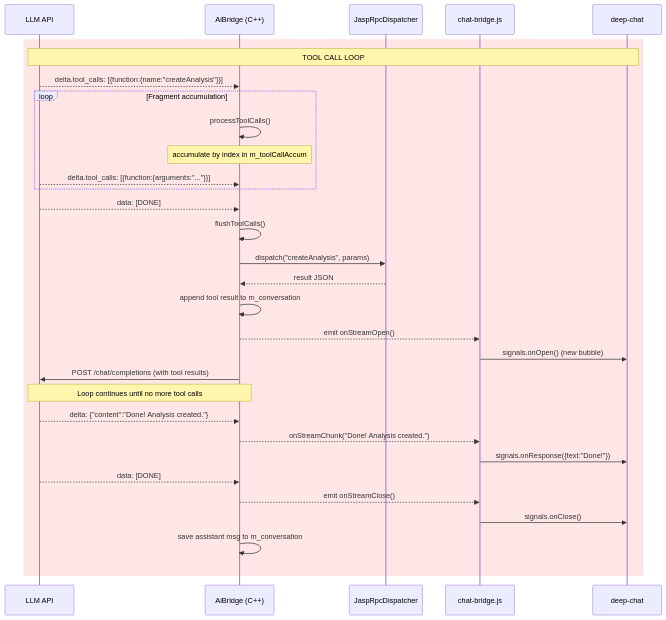
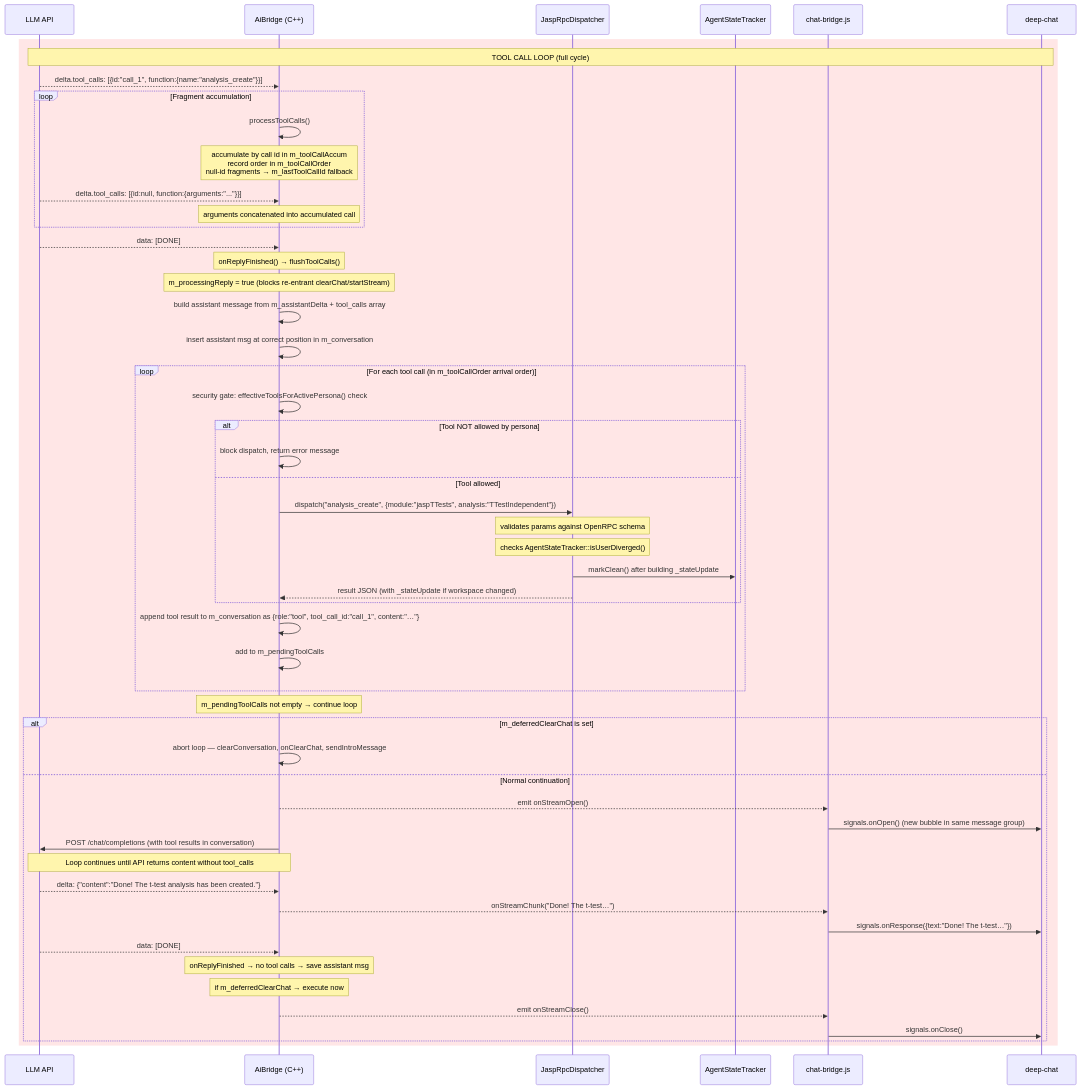
One commit to jasp-stats/jasp-desktop changed the diagram in Docs/development/aiBridge/03_tool_call_loop.mmd. Above: the diagram before and after it, drawn with Mermaid. The commit also changed 14 other files, not shown here.

```diff
--- a/Docs/development/aiBridge/03_tool_call_loop.mmd
+++ b/Docs/development/aiBridge/03_tool_call_loop.mmd
@@ -1,32 +1,54 @@
 sequenceDiagram
     participant API as LLM API
     participant CPP as AiBridge (C++)
     participant RPC as JaspRpcDispatcher
+    participant AST as AgentStateTracker
     participant JS as chat-bridge.js
     participant DC as deep-chat
 
     rect rgb(255, 230, 230)
-        Note over API,DC: TOOL CALL LOOP
-        API-->>CPP: delta.tool_calls: [{function:{name:"createAnalysis"}}]
+        Note over API,DC: TOOL CALL LOOP (full cycle)
+        API-->>CPP: delta.tool_calls: [{id:"call_1", function:{name:"analysis_create"}}]
         loop Fragment accumulation
             CPP->>CPP: processToolCalls()
-            Note over CPP: accumulate by index in m_toolCallAccum
-            API-->>CPP: delta.tool_calls: [{function:{arguments:"..."}}]
+            Note over CPP: accumulate by call id in m_toolCallAccum<br/>record order in m_toolCallOrder<br/>null-id fragments → m_lastToolCallId fallback
+            API-->>CPP: delta.tool_calls: [{id:null, function:{arguments:"..."}}]
+            Note over CPP: arguments concatenated into accumulated call
         end
         API-->>CPP: data: [DONE]
-        CPP->>CPP: flushToolCalls()
-        CPP->>RPC: dispatch("createAnalysis", params)
-        RPC-->>CPP: result JSON
-        CPP->>CPP: append tool result to m_conversation
-        CPP-->>JS: emit onStreamOpen()
-        JS->>DC: signals.onOpen() (new bubble)
-        CPP->>API: POST /chat/completions (with tool results)
-        Note over API,CPP: Loop continues until no more tool calls
-        API-->>CPP: delta: {"content":"Done! Analysis created."}
-        CPP-->>JS: onStreamChunk("Done! Analysis created.")
-        JS->>DC: signals.onResponse({text:"Done!"})
-        API-->>CPP: data: [DONE]
-        CPP-->>JS: emit onStreamClose()
-        JS->>DC: signals.onClose()
-        CPP->>CPP: save assistant msg to m_conversation
+        Note over CPP: onReplyFinished() → flushToolCalls()
+        Note over CPP: m_processingReply = true (blocks re-entrant clearChat/startStream)
+        CPP->>CPP: build assistant message from m_assistantDelta + tool_calls array
+        CPP->>CPP: insert assistant msg at correct position in m_conversation
+        loop For each tool call (in m_toolCallOrder arrival order)
+            CPP->>CPP: security gate: effectiveToolsForActivePersona() check
+            alt Tool NOT allowed by persona
+                CPP->>CPP: block dispatch, return error message
+            else Tool allowed
+                CPP->>RPC: dispatch("analysis_create", {module:"jaspTTests", analysis:"TTestIndependent"})
+                Note over RPC: validates params against OpenRPC schema
+                Note over RPC: checks AgentStateTracker::isUserDiverged()
+                RPC->>AST: markClean() after building _stateUpdate
+                RPC-->>CPP: result JSON (with _stateUpdate if workspace changed)
+            end
+            CPP->>CPP: append tool result to m_conversation as {role:"tool", tool_call_id:"call_1", content:"…"}
+            CPP->>CPP: add to m_pendingToolCalls
+        end
+        Note over CPP: m_pendingToolCalls not empty → continue loop
+        alt m_deferredClearChat is set
+            CPP->>CPP: abort loop — clearConversation, onClearChat, sendIntroMessage
+        else Normal continuation
+            CPP-->>JS: emit onStreamOpen()
+            JS->>DC: signals.onOpen() (new bubble in same message group)
+            CPP->>API: POST /chat/completions (with tool results in conversation)
+            Note over API,CPP: Loop continues until API returns content without tool_calls
+            API-->>CPP: delta: {"content":"Done! The t-test analysis has been created."}
+            CPP-->>JS: onStreamChunk("Done! The t-test…")
+            JS->>DC: signals.onResponse({text:"Done! The t-test…"})
+            API-->>CPP: data: [DONE]
+            Note over CPP: onReplyFinished → no tool calls → save assistant msg
+            Note over CPP: if m_deferredClearChat → execute now
+            CPP-->>JS: emit onStreamClose()
+            JS->>DC: signals.onClose()
+        end
     end
```
